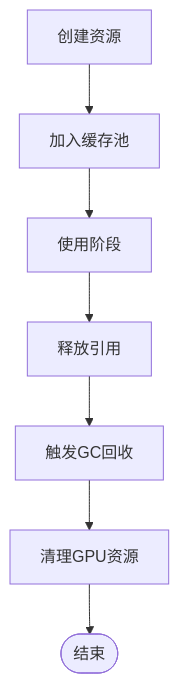
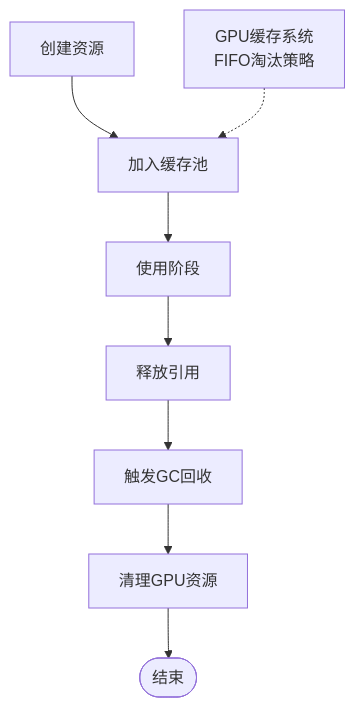
The eighth of 13 diagrams in .qoder/repowiki/zh/content/性能优化/性能优化.md (rzhangjing/cesium), drawn with Mermaid before and after one commit. The commit also changed other lines of this file and 24 other files, not shown here.

````diff
--- a/.qoder/repowiki/zh/content/性能优化/性能优化.md
+++ b/.qoder/repowiki/zh/content/性能优化/性能优化.md
@@ -228,9 +322,10 @@
 ```mermaid
 flowchart TD
 Create["创建资源"] --> Cache["加入缓存池"]
 Cache --> Use["使用阶段"]
 Use --> Release["释放引用"]
 Release --> GC["触发GC回收"]
 GC --> Clean["清理GPU资源"]
 Clean --> End(["结束"])
+Note["GPU缓存系统<br/>FIFO淘汰策略"] -.-> Cache
 ```
````
